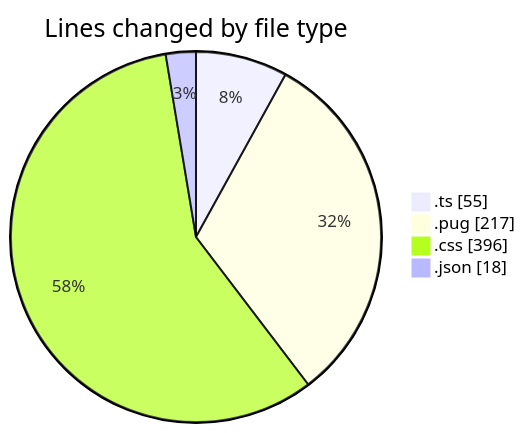
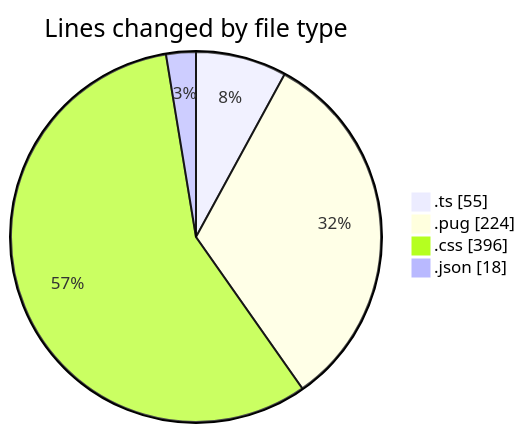
Before and after one commit to momahboobian/code-tracking: the first of 2 diagrams in 2025-10-31/cda/README.md, drawn with Mermaid. The commit also changed other lines of this file and 1 other file, not shown here.

````diff
--- a/2025-10-31/cda/README.md
+++ b/2025-10-31/cda/README.md
@@ -25,8 +25,8 @@
 ```mermaid
 pie showData
 title Lines changed by file type
 ".ts" : 55
-".pug" : 217
+".pug" : 224
 ".css" : 396
 ".json" : 18
 ```
````
